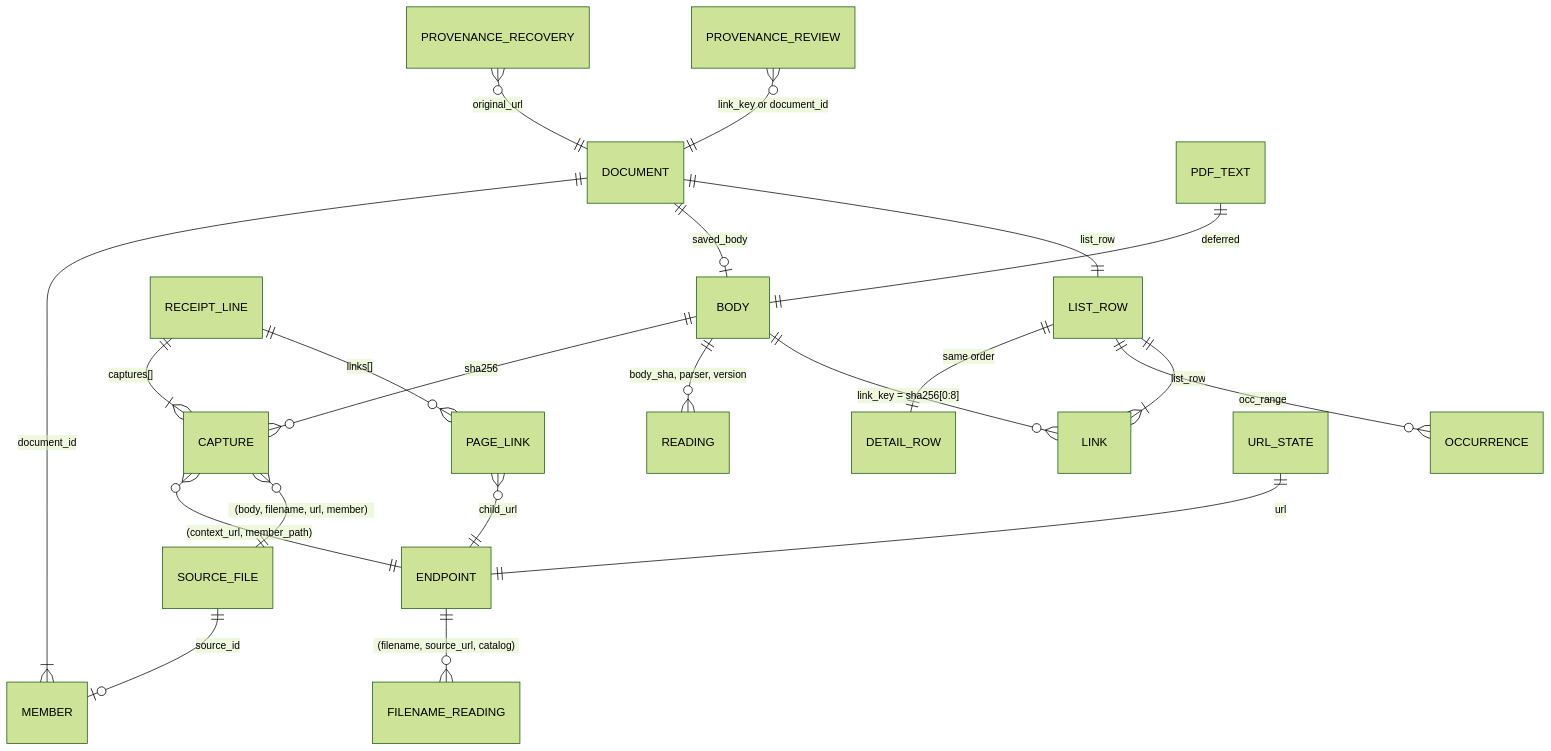
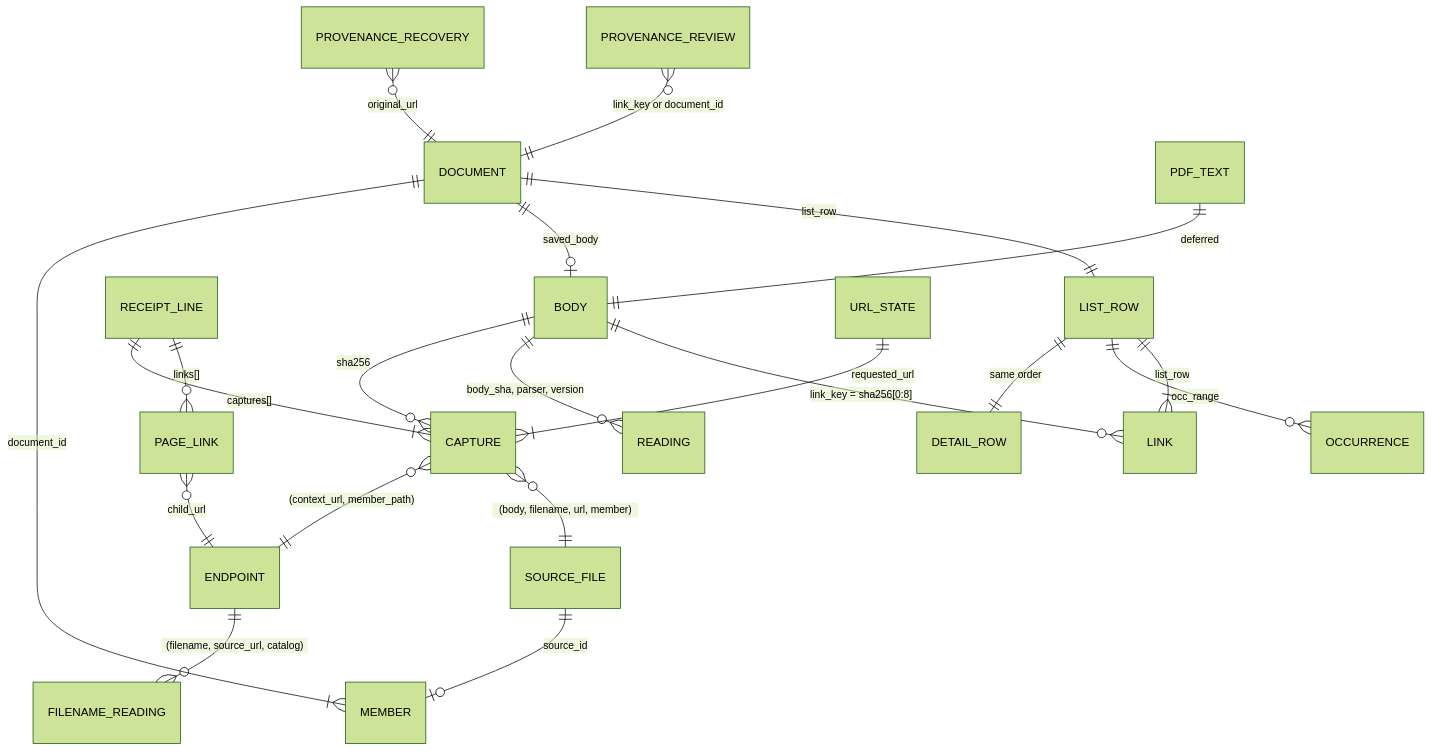
The diagram in docs/engine-first-data-model.md (civictechdc/congressional-tech), drawn with Mermaid (forest theme) before and after one commit. The commit also changed other lines of this file and 3 other files, not shown here.

````diff
--- a/docs/engine-first-data-model.md
+++ b/docs/engine-first-data-model.md
@@ -348,23 +382,23 @@
 ```mermaid
 erDiagram
   BODY ||--o{ CAPTURE : "sha256"
   RECEIPT_LINE ||--|{ CAPTURE : "captures[]"
   RECEIPT_LINE ||--o{ PAGE_LINK : "links[]"
   CAPTURE }o--|| ENDPOINT : "(context_url, member_path)"
   PAGE_LINK }o--|| ENDPOINT : "child_url"
   BODY ||--o{ READING : "body_sha, parser, version"
   ENDPOINT ||--o{ FILENAME_READING : "(filename, source_url, catalog)"
   CAPTURE }o--|| SOURCE_FILE : "(body, filename, url, member)"
   SOURCE_FILE ||--o| MEMBER : "source_id"
   DOCUMENT ||--|{ MEMBER : "document_id"
   DOCUMENT ||--o| BODY : "saved_body"
   DOCUMENT ||--|| LIST_ROW : "list_row"
   LIST_ROW ||--|| DETAIL_ROW : "same order"
   LIST_ROW ||--o{ OCCURRENCE : "occ_range"
   LIST_ROW ||--|{ LINK : "list_row"
   BODY ||--o{ LINK : "link_key = sha256[0:8]"
   PROVENANCE_RECOVERY }o--|| DOCUMENT : "original_url"
   PROVENANCE_REVIEW }o--|| DOCUMENT : "link_key or document_id"
-  URL_STATE ||--|| ENDPOINT : "url"
+  URL_STATE ||--|{ CAPTURE : "requested_url"
   PDF_TEXT ||--|| BODY : "deferred"
 ```
````
